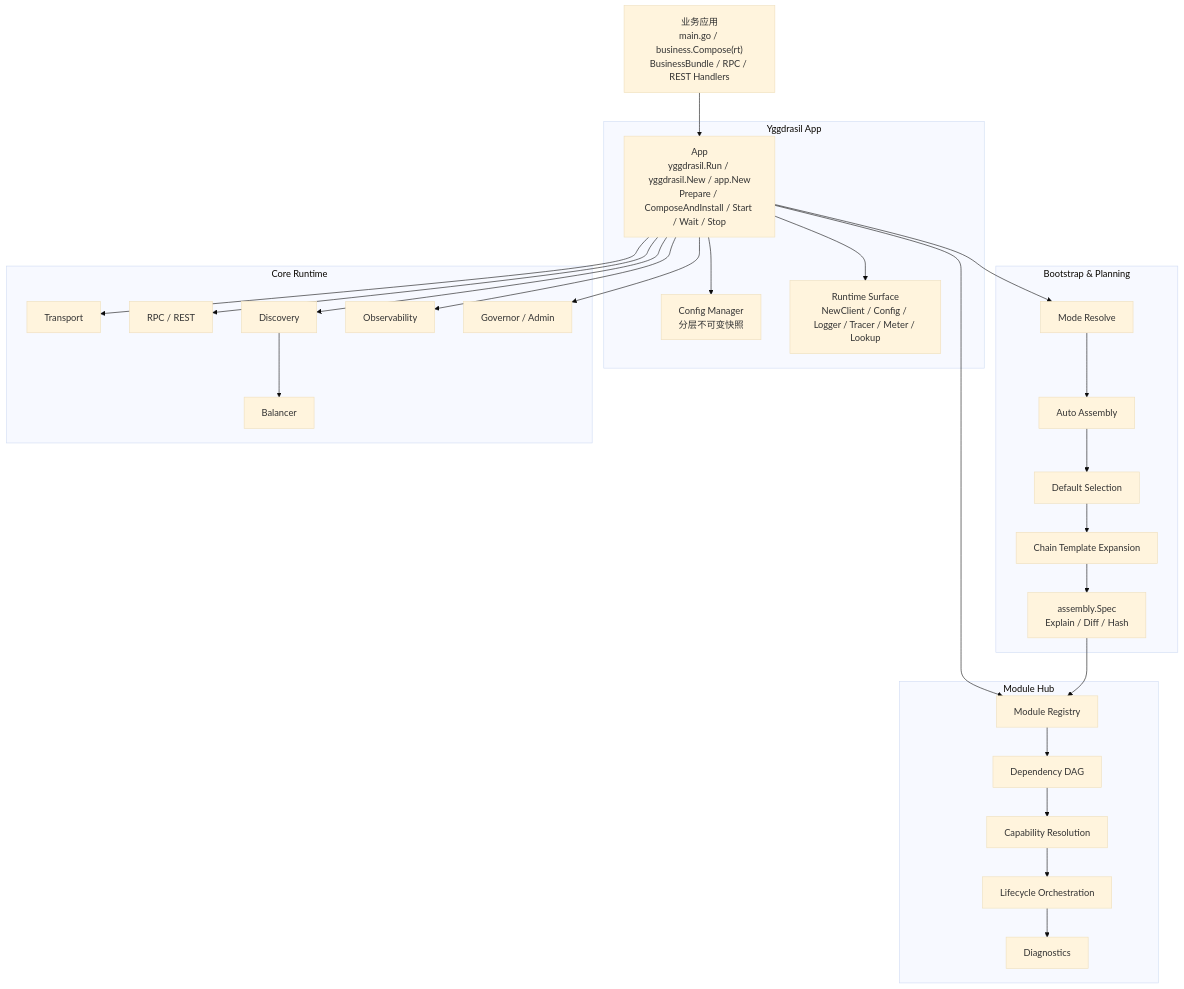
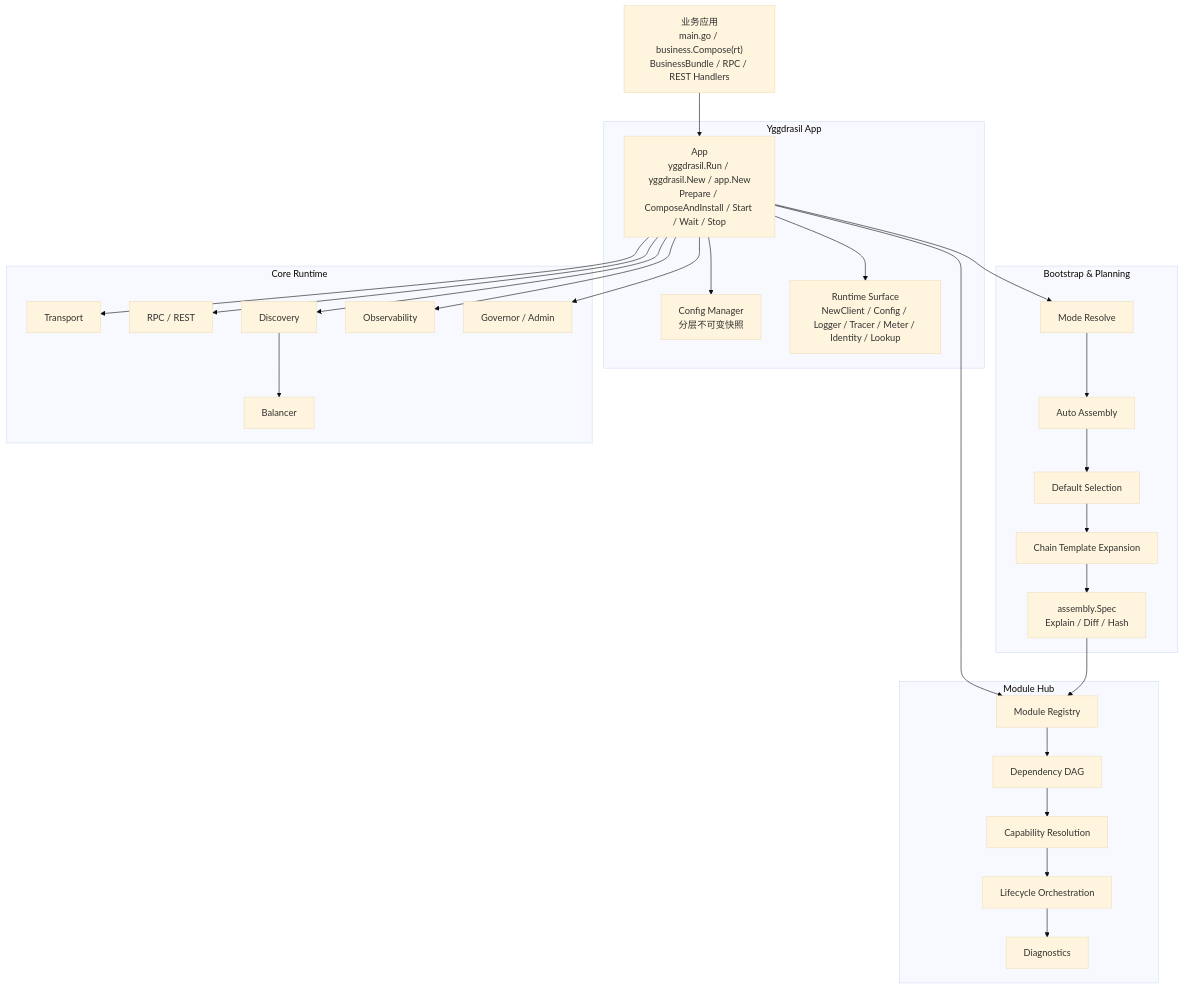
Before and after one commit to codesjoy/yggdrasil: the first of 3 diagrams in README_zh_CN.md, drawn with Mermaid (base theme). The commit also changed other lines of this file and 7 other files, not shown here.

````diff
--- a/README_zh_CN.md
+++ b/README_zh_CN.md
@@ -50,49 +50,49 @@
 ```mermaid
 flowchart TB
     Business["业务应用<br/>main.go / business.Compose(rt)<br/>BusinessBundle / RPC / REST Handlers"]
 
     subgraph AppLayer["Yggdrasil App"]
         App["App<br/>yggdrasil.Run / yggdrasil.New / app.New<br/>Prepare / ComposeAndInstall / Start / Wait / Stop"]
         Config["Config Manager<br/>分层不可变快照"]
-        RuntimeSurface["Runtime Surface<br/>NewClient / Config / Logger / Tracer / Meter / Lookup"]
+        RuntimeSurface["Runtime Surface<br/>NewClient / Config / Logger / Tracer / Meter / Identity / Lookup"]
     end
 
     subgraph Planning["Bootstrap & Planning"]
         Mode["Mode Resolve"]
         AutoAssembly["Auto Assembly"]
         Defaults["Default Selection"]
         Templates["Chain Template Expansion"]
         Spec["assembly.Spec<br/>Explain / Diff / Hash"]
     end
 
     subgraph HubLayer["Module Hub"]
         Registry["Module Registry"]
         DAG["Dependency DAG"]
         Capability["Capability Resolution"]
         Lifecycle["Lifecycle Orchestration"]
         Diagnostics["Diagnostics"]
     end
 
     subgraph Runtime["Core Runtime"]
         Transport["Transport"]
         RPCREST["RPC / REST"]
         Discovery["Discovery"]
         Balancer["Balancer"]
         Observability["Observability"]
         Governor["Governor / Admin"]
     end
 
     Business --> App
     App --> Config
     App --> RuntimeSurface
     App --> Mode
     Mode --> AutoAssembly --> Defaults --> Templates --> Spec
     Spec --> Registry
     App --> Registry
     Registry --> DAG --> Capability --> Lifecycle --> Diagnostics
     App --> Transport
     App --> RPCREST
     App --> Discovery --> Balancer
     App --> Observability
     App --> Governor
 ```
````
